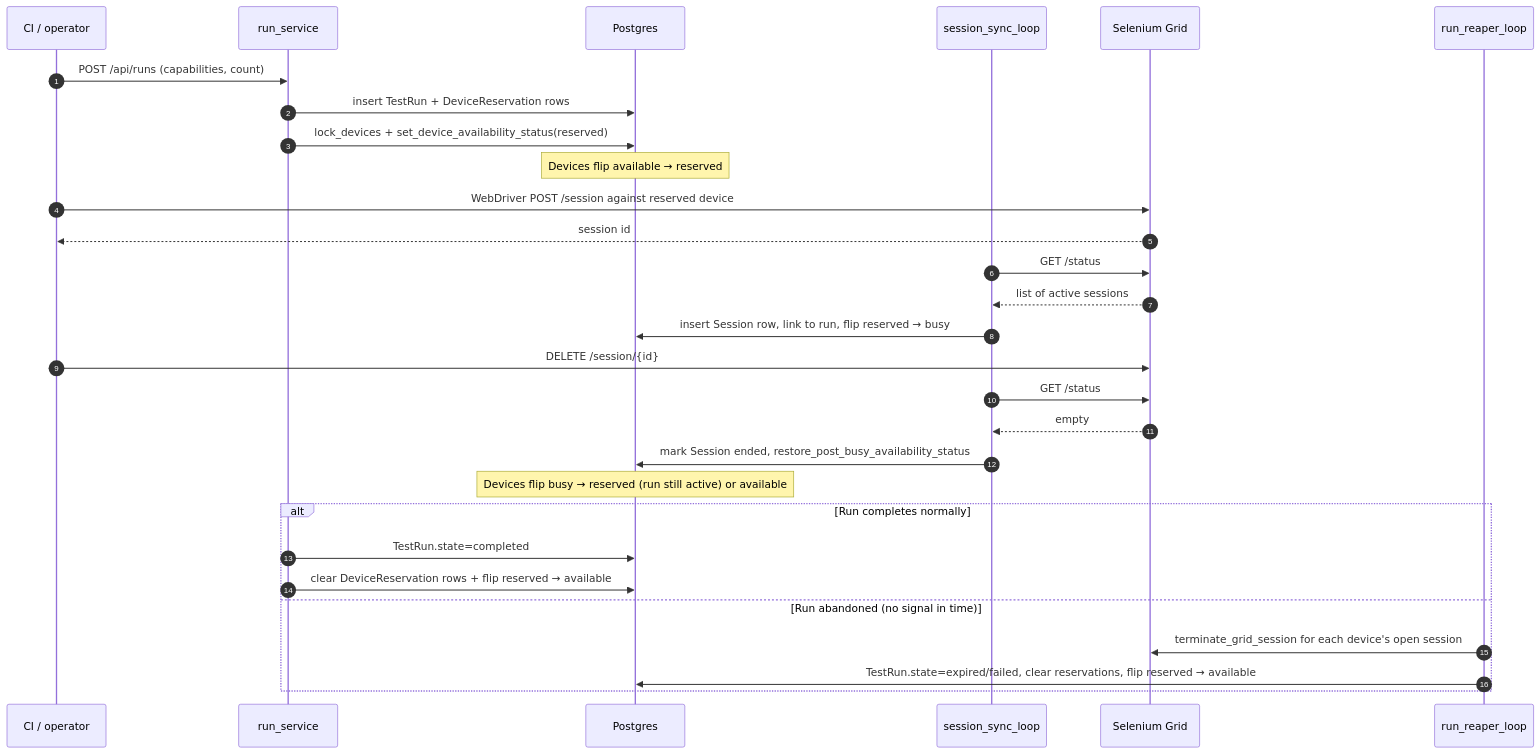
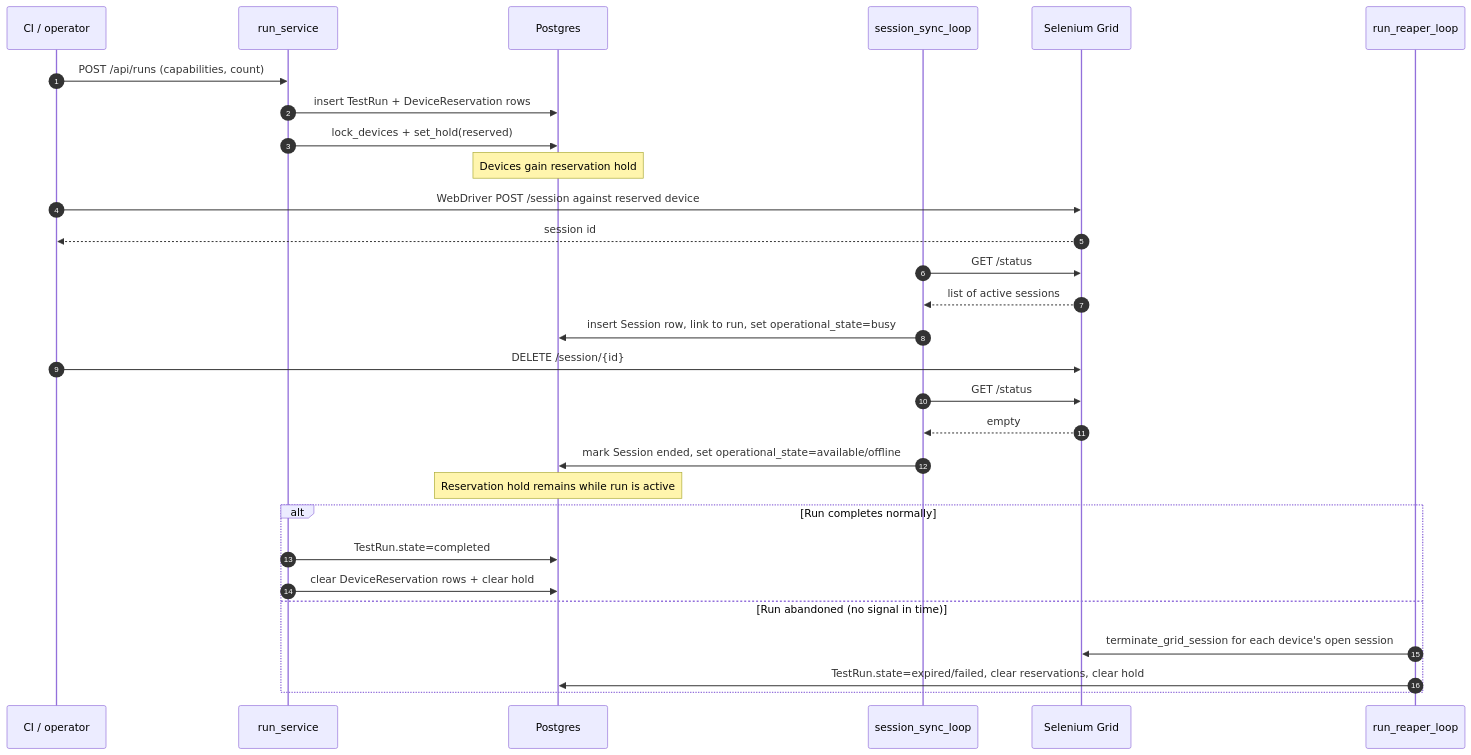
The second of 2 diagrams in docs/design/05-allocation-ports-sessions.md (quidow/gridfleet), drawn with Mermaid before and after one commit. The commit also changed other lines of this file and 179 other files, not shown here.

First line of the commit message:
refactor(backend)!: split device availability_status into operational_state + hold (#87)

````diff
--- a/docs/design/05-allocation-ports-sessions.md
+++ b/docs/design/05-allocation-ports-sessions.md
@@ -121,33 +121,33 @@
 ```mermaid
 sequenceDiagram
     autonumber
     participant Client as CI / operator
     participant Run as run_service
     participant Pg as Postgres
     participant Sync as session_sync_loop
     participant Grid as Selenium Grid
     participant Reaper as run_reaper_loop
 
     Client->>Run: POST /api/runs (capabilities, count)
     Run->>Pg: insert TestRun + DeviceReservation rows
-    Run->>Pg: lock_devices + set_device_availability_status(reserved)
-    Note over Pg: Devices flip available → reserved
+    Run->>Pg: lock_devices + set_hold(reserved)
+    Note over Pg: Devices gain reservation hold
     Client->>Grid: WebDriver POST /session against reserved device
     Grid-->>Client: session id
     Sync->>Grid: GET /status
     Grid-->>Sync: list of active sessions
-    Sync->>Pg: insert Session row, link to run, flip reserved → busy
+    Sync->>Pg: insert Session row, link to run, set operational_state=busy
     Client->>Grid: DELETE /session/{id}
     Sync->>Grid: GET /status
     Grid-->>Sync: empty
-    Sync->>Pg: mark Session ended, restore_post_busy_availability_status
-    Note over Pg: Devices flip busy → reserved (run still active) or available
+    Sync->>Pg: mark Session ended, set operational_state=available/offline
+    Note over Pg: Reservation hold remains while run is active
 
     alt Run completes normally
       Run->>Pg: TestRun.state=completed
-      Run->>Pg: clear DeviceReservation rows + flip reserved → available
+      Run->>Pg: clear DeviceReservation rows + clear hold
     else Run abandoned (no signal in time)
       Reaper->>Grid: terminate_grid_session for each device's open session
-      Reaper->>Pg: TestRun.state=expired/failed, clear reservations, flip reserved → available
+      Reaper->>Pg: TestRun.state=expired/failed, clear reservations, clear hold
     end
 ```
````
